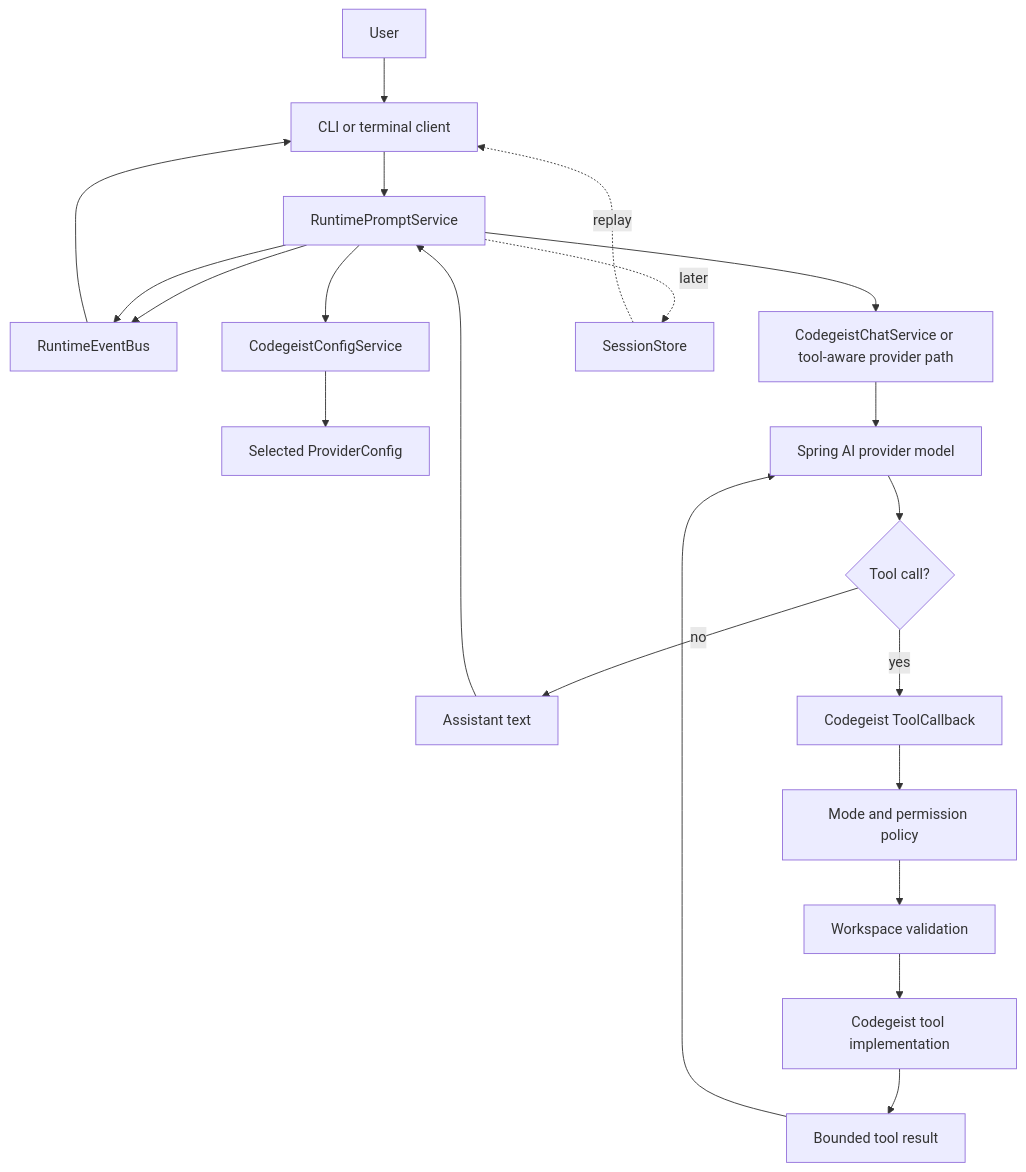
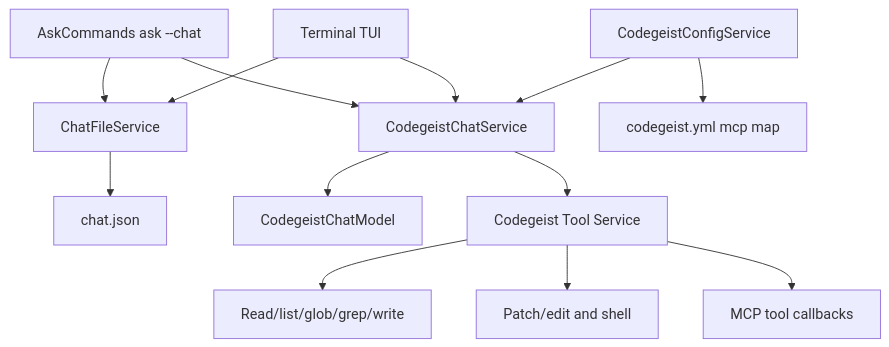
Before and after one commit to codegeist-ai/codegeist: the diagram in docs/developer/specification/runtime-harness-implementation.md, drawn with Mermaid. The commit also changed other lines of this file and 20 other files, not shown here.

````diff
--- a/docs/developer/specification/runtime-harness-implementation.md
+++ b/docs/developer/specification/runtime-harness-implementation.md
@@ -805,23 +61,15 @@
 ```mermaid
 flowchart TD
-    User[User] --> Client[CLI or terminal client]
-    Client --> Runtime[RuntimePromptService]
-    Runtime --> Events[RuntimeEventBus]
-    Runtime --> Config[CodegeistConfigService]
-    Config --> ProviderConfig[Selected ProviderConfig]
-    Runtime --> Chat[CodegeistChatService or tool-aware provider path]
-    Chat --> Model[Spring AI provider model]
-    Model --> ToolCall{Tool call?}
-    ToolCall -- no --> Assistant[Assistant text]
-    ToolCall -- yes --> Callback[Codegeist ToolCallback]
-    Callback --> Permission[Mode and permission policy]
-    Permission --> Workspace[Workspace validation]
-    Workspace --> Tool[Codegeist tool implementation]
-    Tool --> Result[Bounded tool result]
-    Result --> Model
-    Assistant --> Runtime
-    Runtime --> Events
-    Events --> Client
-    Runtime -. later .-> Storage[SessionStore]
-    Storage -. replay .-> Client
+    Ask[AskCommands ask --chat] --> ChatFile[ChatFileService]
+    Tui[Terminal TUI] --> ChatFile
+    ChatFile --> Json[chat.json]
+    Ask --> Chat[CodegeistChatService]
+    Tui --> Chat
+    Chat --> Model[CodegeistChatModel]
+    Chat --> Tools[Codegeist Tool Service]
+    Tools --> ReadWrite[Read/list/glob/grep/write]
+    Tools --> Mutating[Patch/edit and shell]
+    Tools --> Mcp[MCP tool callbacks]
+    Config[CodegeistConfigService] --> Chat
+    Config --> McpConfig[codegeist.yml mcp map]
 ```
````
